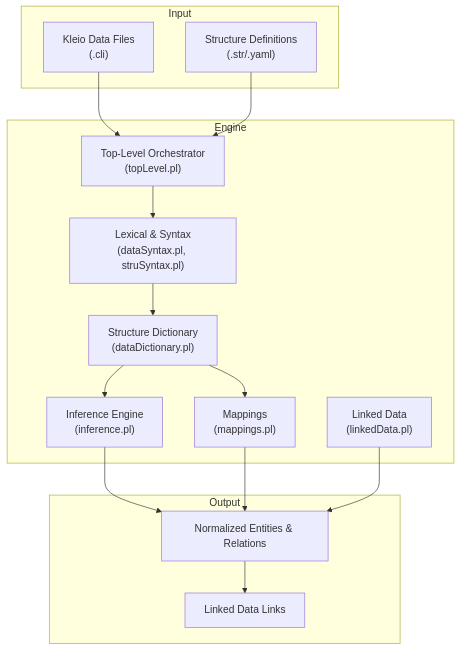
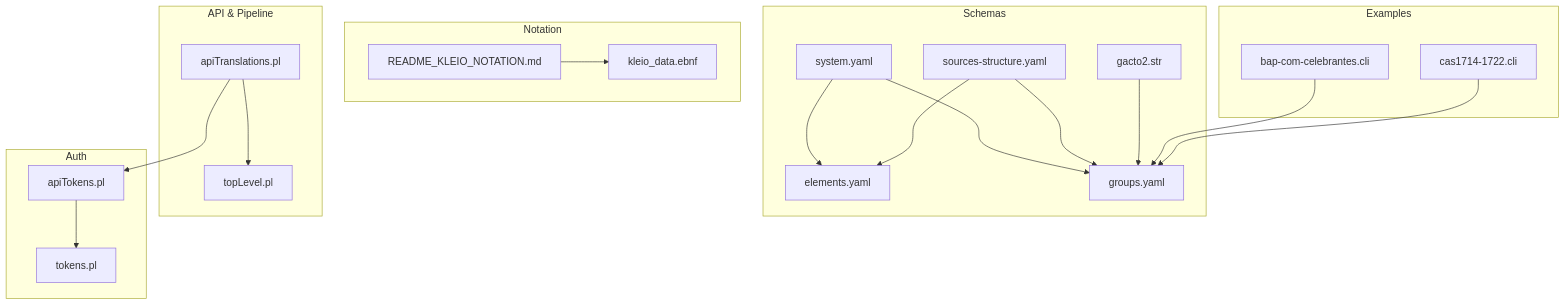
The first of 10 diagrams in .qoder/repowiki/en/content/Core Concepts/Core Concepts.md (time-link/timelink-kleio), drawn with Mermaid before and after one commit. The commit also changed other lines of this file and 225 other files, not shown here.

````diff
--- a/.qoder/repowiki/en/content/Core Concepts/Core Concepts.md
+++ b/.qoder/repowiki/en/content/Core Concepts/Core Concepts.md
@@ -42,29 +43,37 @@
 ```mermaid
 graph TB
-subgraph "Input"
-A["Kleio Data Files<br/>(.cli)"]
-B["Structure Definitions<br/>(.str/.yaml)"]
+subgraph "Notation"
+EBNF["kleio_data.ebnf"]
+DOC["README_KLEIO_NOTATION.md"]
 end
-subgraph "Engine"
-C["Top-Level Orchestrator<br/>(topLevel.pl)"]
-D["Lexical & Syntax<br/>(dataSyntax.pl, struSyntax.pl)"]
-E["Structure Dictionary<br/>(dataDictionary.pl)"]
-F["Inference Engine<br/>(inference.pl)"]
-G["Mappings<br/>(mappings.pl)"]
-H["Linked Data<br/>(linkedData.pl)"]
+subgraph "Schemas"
+SYS["system.yaml"]
+ELEM["elements.yaml"]
+GRPS["groups.yaml"]
+SRCSTR["sources-structure.yaml"]
+GACTO["gacto2.str"]
 end
-subgraph "Output"
-I["Normalized Entities & Relations"]
-J["Linked Data Links"]
+subgraph "API & Pipeline"
+API_T["apiTranslations.pl"]
+TOP["topLevel.pl"]
 end
-A --> C
-B --> C
-C --> D
-D --> E
-E --> F
-E --> G
-F --> I
-G --> I
-H --> I
-I --> J
+subgraph "Auth"
+API_TOKENS["apiTokens.pl"]
+TOK["tokens.pl"]
+end
+subgraph "Examples"
+BAP["bap-com-celebrantes.cli"]
+CAS["cas1714-1722.cli"]
+end
+DOC --> EBNF
+SYS --> ELEM
+SYS --> GRPS
+SRCSTR --> GRPS
+SRCSTR --> ELEM
+GACTO --> GRPS
+API_T --> TOP
+API_T --> API_TOKENS
+API_TOKENS --> TOK
+BAP --> GRPS
+CAS --> GRPS
 ```
````
